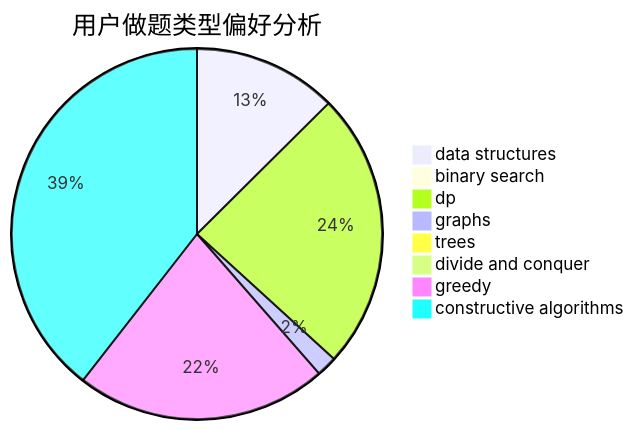
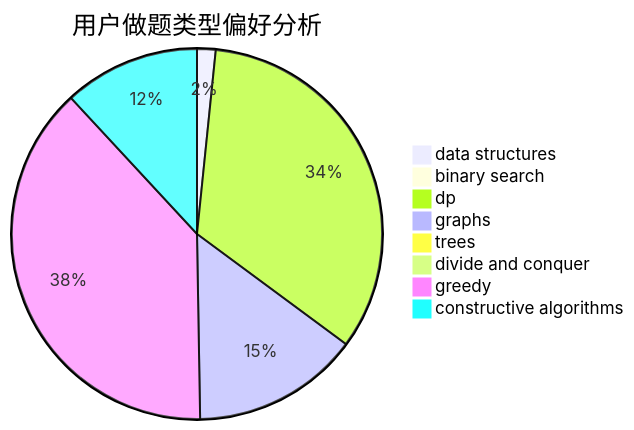
Before and after one commit to sherpahu/cfrs.github.io: the second of 3 diagrams in docs/user/u2757.md, drawn with Mermaid. The commit also changed other lines of this file and 2770 other files, not shown here.

````diff
--- a/docs/user/u2757.md
+++ b/docs/user/u2757.md
@@ -23,11 +23,11 @@
 ```mermaid
 pie title 用户做题类型偏好分析
-    "data structures" :  28
+    "data structures" :  3
     "binary search" :  0
-    "dp" :  54
-    "graphs" :  4
+    "dp" :  62
+    "graphs" :  27
     "trees" :  0
     "divide and conquer" :  0
-    "greedy" :  49
-    "constructive algorithms" :  88
+    "greedy" :  71
+    "constructive algorithms" :  22
 ```
````
